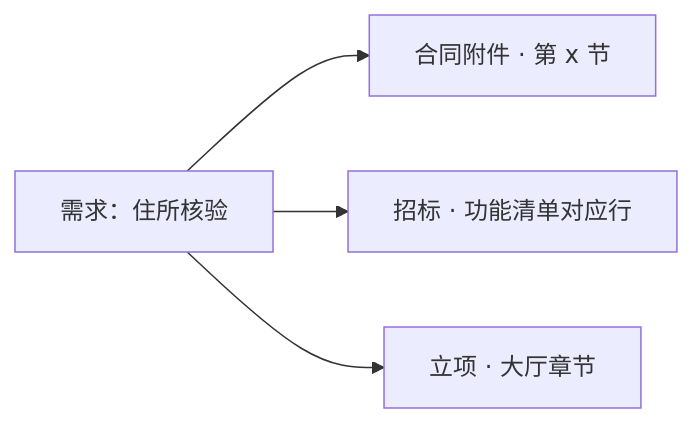
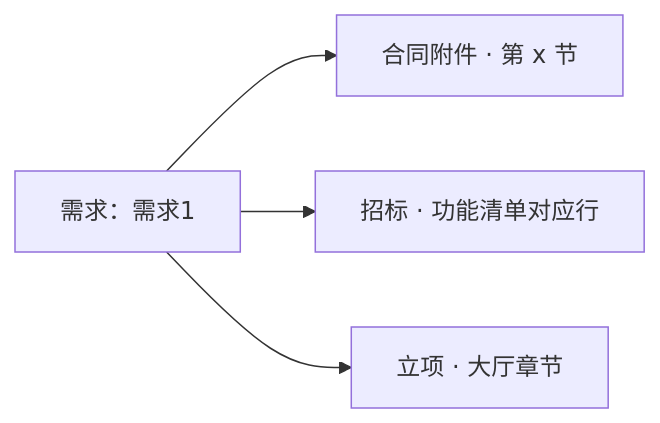
One commit to qiusuo0226/chrono-pm-skill changed the second of 2 diagrams in examples/10-出周报和问进度.md. Above: the diagram before and after it, drawn with Mermaid. The commit also changed other lines of this file and 16 other files, not shown here.

````diff
--- a/examples/10-出周报和问进度.md
+++ b/examples/10-出周报和问进度.md
@@ -78,6 +78,6 @@
 ```mermaid
 flowchart LR
-    REQ["需求：住所核验"] --> CON["合同附件 · 第 x 节"]
+    REQ["需求：需求1"] --> CON["合同附件 · 第 x 节"]
     REQ --> BID["招标 · 功能清单对应行"]
     REQ --> APR["立项 · 大厅章节"]
 ```
````
